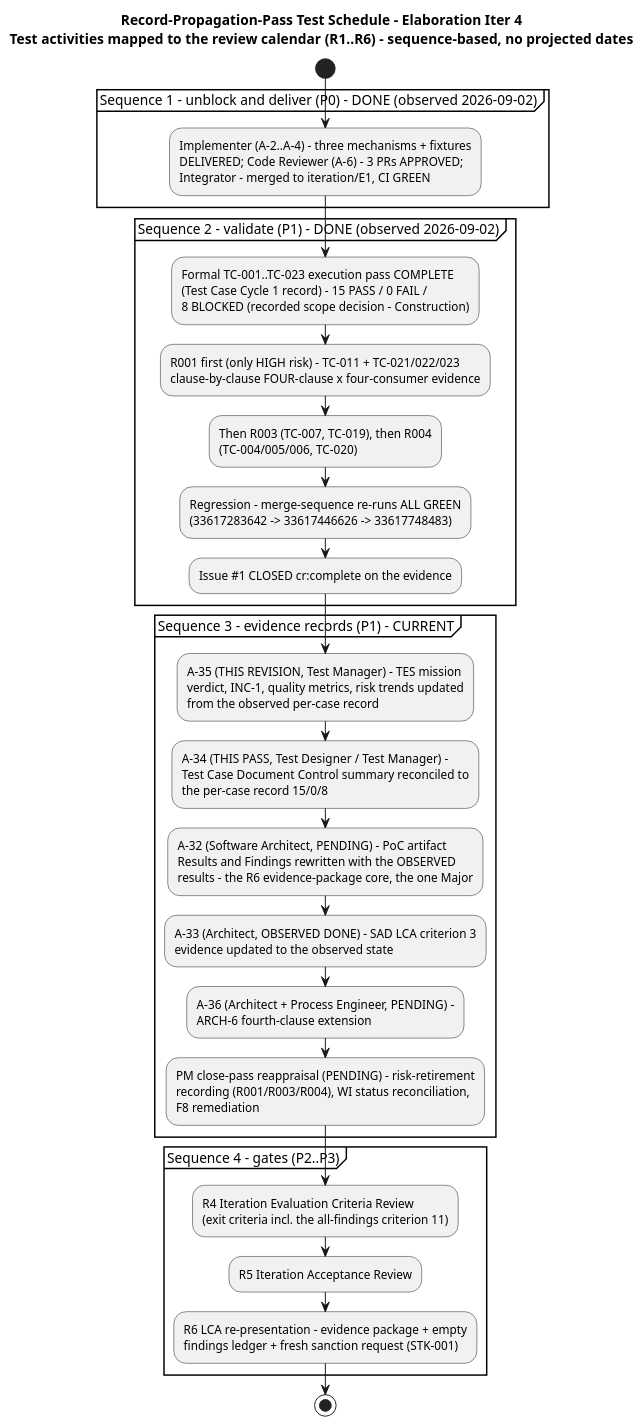
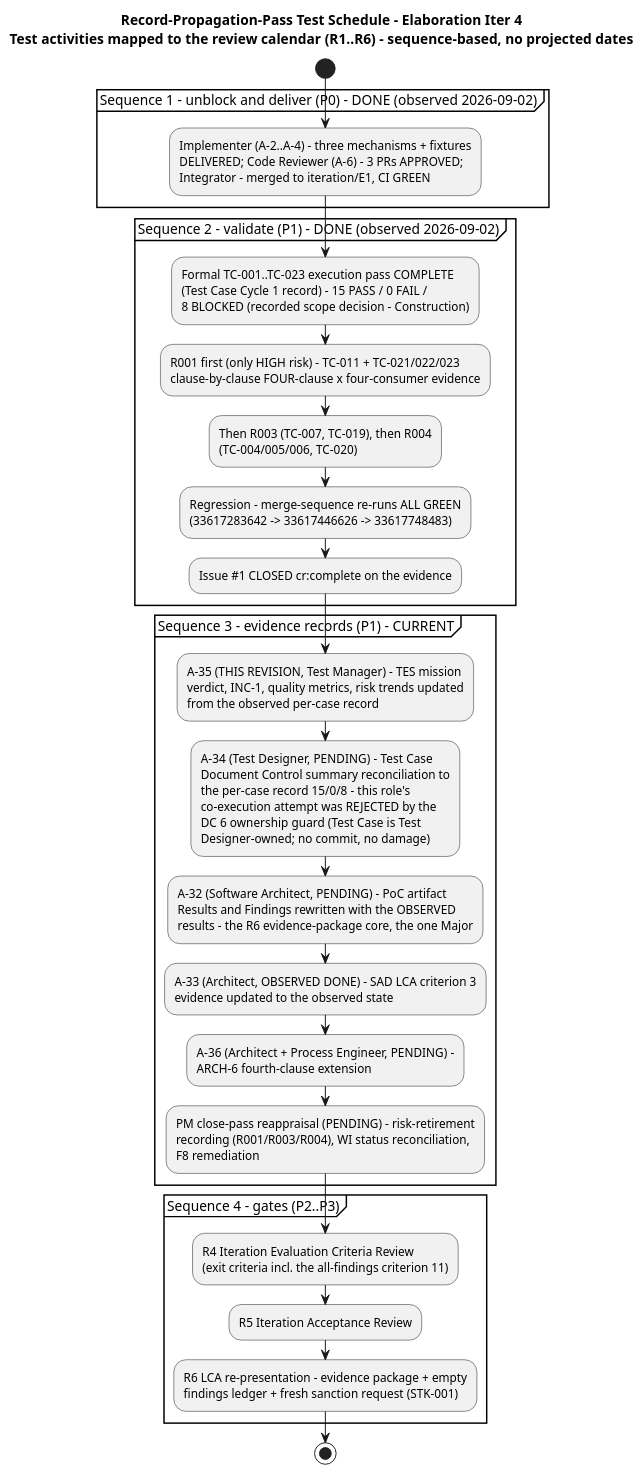
Before and after one commit to banense-test/employee-portal: the fourth of 5 diagrams in docs/artifacts/test/test-evaluation-summary.md, drawn with PlantUML. The commit also changed other lines of this file, not shown here.

First line of the commit message:
Test Manager [E4]: upsert Test Evaluation Summary

````diff
--- a/docs/artifacts/test/test-evaluation-summary.md
+++ b/docs/artifacts/test/test-evaluation-summary.md
@@ -225,31 +224,31 @@
 ```plantuml
 @startuml
 title Record-Propagation-Pass Test Schedule - Elaboration Iter 4\nTest activities mapped to the review calendar (R1..R6) - sequence-based, no projected dates
 
 start
 partition "Sequence 1 - unblock and deliver (P0) - DONE (observed 2026-09-02)" {
   :Implementer (A-2..A-4) - three mechanisms + fixtures\nDELIVERED; Code Reviewer (A-6) - 3 PRs APPROVED;\nIntegrator - merged to iteration/E1, CI GREEN;
 }
 partition "Sequence 2 - validate (P1) - DONE (observed 2026-09-02)" {
   :Formal TC-001..TC-023 execution pass COMPLETE\n(Test Case Cycle 1 record) - 15 PASS / 0 FAIL /\n8 BLOCKED (recorded scope decision - Construction);
   :R001 first (only HIGH risk) - TC-011 + TC-021/022/023\nclause-by-clause FOUR-clause x four-consumer evidence;
   :Then R003 (TC-007, TC-019), then R004\n(TC-004/005/006, TC-020);
   :Regression - merge-sequence re-runs ALL GREEN\n(33617283642 -> 33617446626 -> 33617748483);
   :Issue #1 CLOSED cr:complete on the evidence;
 }
 partition "Sequence 3 - evidence records (P1) - CURRENT" {
   :A-35 (THIS REVISION, Test Manager) - TES mission\nverdict, INC-1, quality metrics, risk trends updated\nfrom the observed per-case record;
-  :A-34 (THIS PASS, Test Designer / Test Manager) -\nTest Case Document Control summary reconciled to\nthe per-case record 15/0/8;
+  :A-34 (Test Designer, PENDING) - Test Case\nDocument Control summary reconciliation to\nthe per-case record 15/0/8 - this role's\nco-execution attempt was REJECTED by the\nDC 6 ownership guard (Test Case is Test\nDesigner-owned; no commit, no damage);
   :A-32 (Software Architect, PENDING) - PoC artifact\nResults and Findings rewritten with the OBSERVED\nresults - the R6 evidence-package core, the one Major;
   :A-33 (Architect, OBSERVED DONE) - SAD LCA criterion 3\nevidence updated to the observed state;
   :A-36 (Architect + Process Engineer, PENDING) -\nARCH-6 fourth-clause extension;
   :PM close-pass reappraisal (PENDING) - risk-retirement\nrecording (R001/R003/R004), WI status reconciliation,\nF8 remediation;
 }
 partition "Sequence 4 - gates (P2..P3)" {
   :R4 Iteration Evaluation Criteria Review\n(exit criteria incl. the all-findings criterion 11);
   :R5 Iteration Acceptance Review;
   :R6 LCA re-presentation - evidence package + empty\nfindings ledger + fresh sanction request (STK-001);
 }
 stop
 @enduml
 ```
````
